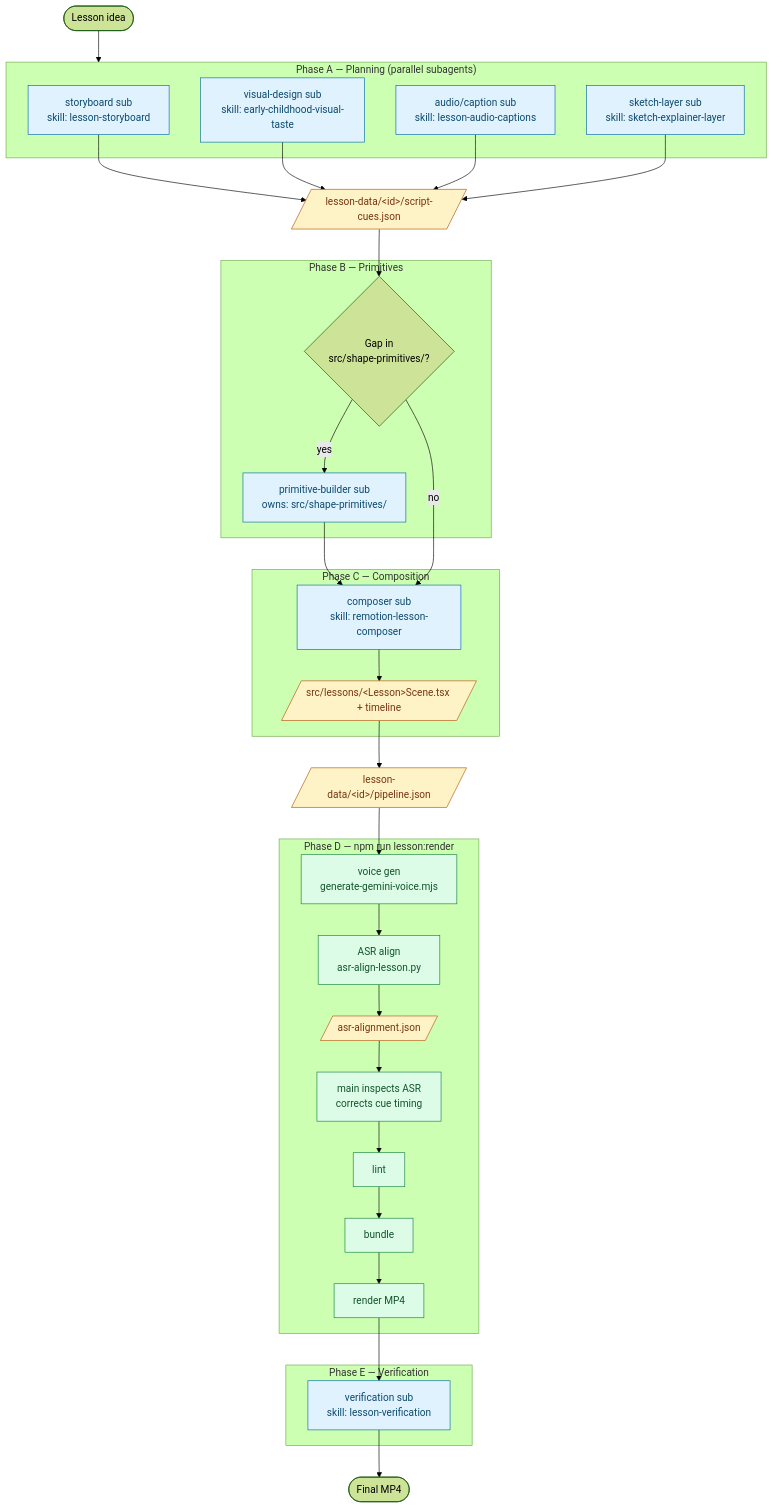
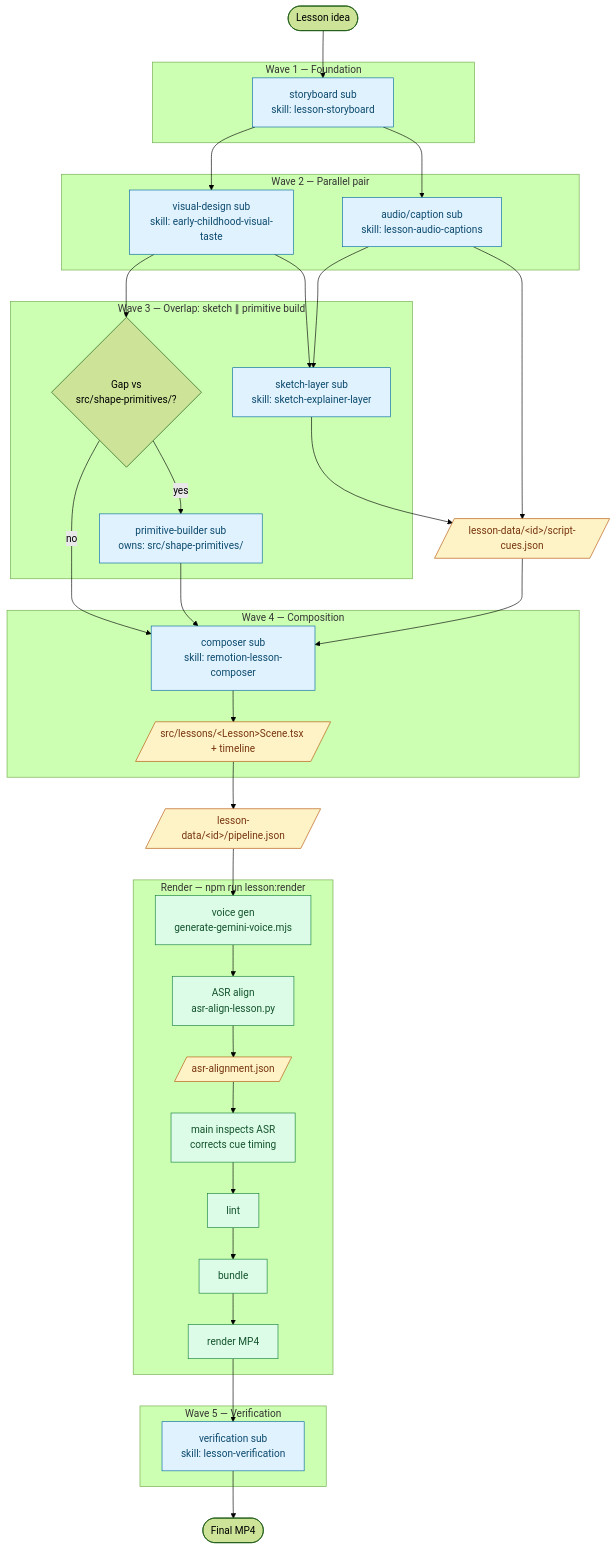
Before and after one commit to blueif16/animate-svg: the diagram in README.md, drawn with Mermaid (forest theme). The commit also changed other lines of this file and 1 other file, not shown here.

Commit message:
refactor(docs): wave-based subagent ordering with overlapping primitive build
Phase A's all-parallel fan-out hid real dependencies. Restructure into 5
waves so each subagent gets concrete inputs:

1. storyboard alone
2. visual-design || audio/captions (both need storyboard)
3. sketch-layer (needs visual-design + audio cues) || primitive-gap →
   primitive-builder (needs visual-design only)
4. composer
5. verification

Net effect: fewer reconciliation rounds in the main agent; primitive
build overlaps with sketch-layer for any lesson that needs new SVG
primitives.

````diff
--- a/README.md
+++ b/README.md
@@ -7,60 +9,67 @@
 ```mermaid
 flowchart TD
     Idea([Lesson idea])
 
-    subgraph Plan["Phase A — Planning (parallel subagents)"]
+    subgraph W1["Wave 1 — Foundation"]
         SB[storyboard sub<br/>skill: lesson-storyboard]
+    end
+
+    subgraph W2["Wave 2 — Parallel pair"]
         VD[visual-design sub<br/>skill: early-childhood-visual-taste]
         AC[audio/caption sub<br/>skill: lesson-audio-captions]
+    end
+
+    subgraph W3["Wave 3 — Overlap: sketch ∥ primitive build"]
         SK[sketch-layer sub<br/>skill: sketch-explainer-layer]
+        Gap{Gap vs<br/>src/shape-primitives/?}
+        PB[primitive-builder sub<br/>owns: src/shape-primitives/]
     end
 
     Cues[/lesson-data/&lt;id&gt;/script-cues.json/]
 
-    subgraph Prims["Phase B — Primitives"]
-        Gap{Gap in<br/>src/shape-primitives/?}
-        PB[primitive-builder sub<br/>owns: src/shape-primitives/]
-    end
-
-    subgraph Comp["Phase C — Composition"]
+    subgraph W4["Wave 4 — Composition"]
         CO[composer sub<br/>skill: remotion-lesson-composer]
         Scene[/src/lessons/&lt;Lesson&gt;Scene.tsx + timeline/]
     end
 
     Cfg[/lesson-data/&lt;id&gt;/pipeline.json/]
 
-    subgraph Pipe["Phase D — npm run lesson:render"]
+    subgraph Pipe["Render — npm run lesson:render"]
         V[voice gen<br/>generate-gemini-voice.mjs]
         A[ASR align<br/>asr-align-lesson.py]
         ASR[/asr-alignment.json/]
         Fix[main inspects ASR<br/>corrects cue timing]
         L[lint]
         B[bundle]
         R[render MP4]
     end
 
-    subgraph Ver["Phase E — Verification"]
+    subgraph W5["Wave 5 — Verification"]
         VS[verification sub<br/>skill: lesson-verification]
     end
 
     MP4([Final MP4])
 
-    Idea --> Plan
-    SB --> Cues
-    VD --> Cues
+    Idea --> SB
+    SB --> VD
+    SB --> AC
+    VD --> SK
+    AC --> SK
+    VD --> Gap
+    Gap -- yes --> PB
+    Gap -- no --> CO
+    PB --> CO
+    SK --> Cues
     AC --> Cues
-    SK --> Cues
-    Cues --> Gap
-    Gap -- yes --> PB --> CO
-    Gap -- no --> CO
+    Cues --> CO
     CO --> Scene
     Scene --> Cfg
     Cfg --> V --> A --> ASR --> Fix --> L --> B --> R --> VS --> MP4
 
     classDef sub fill:#e0f2fe,stroke:#0369a1,color:#0c4a6e
     classDef art fill:#fef3c7,stroke:#b45309,color:#78350f
     classDef step fill:#dcfce7,stroke:#15803d,color:#14532d
     class SB,VD,AC,SK,PB,CO,VS sub
     class Cues,Cfg,ASR,Scene art
     class V,A,L,B,R,Fix step
 ```
````
